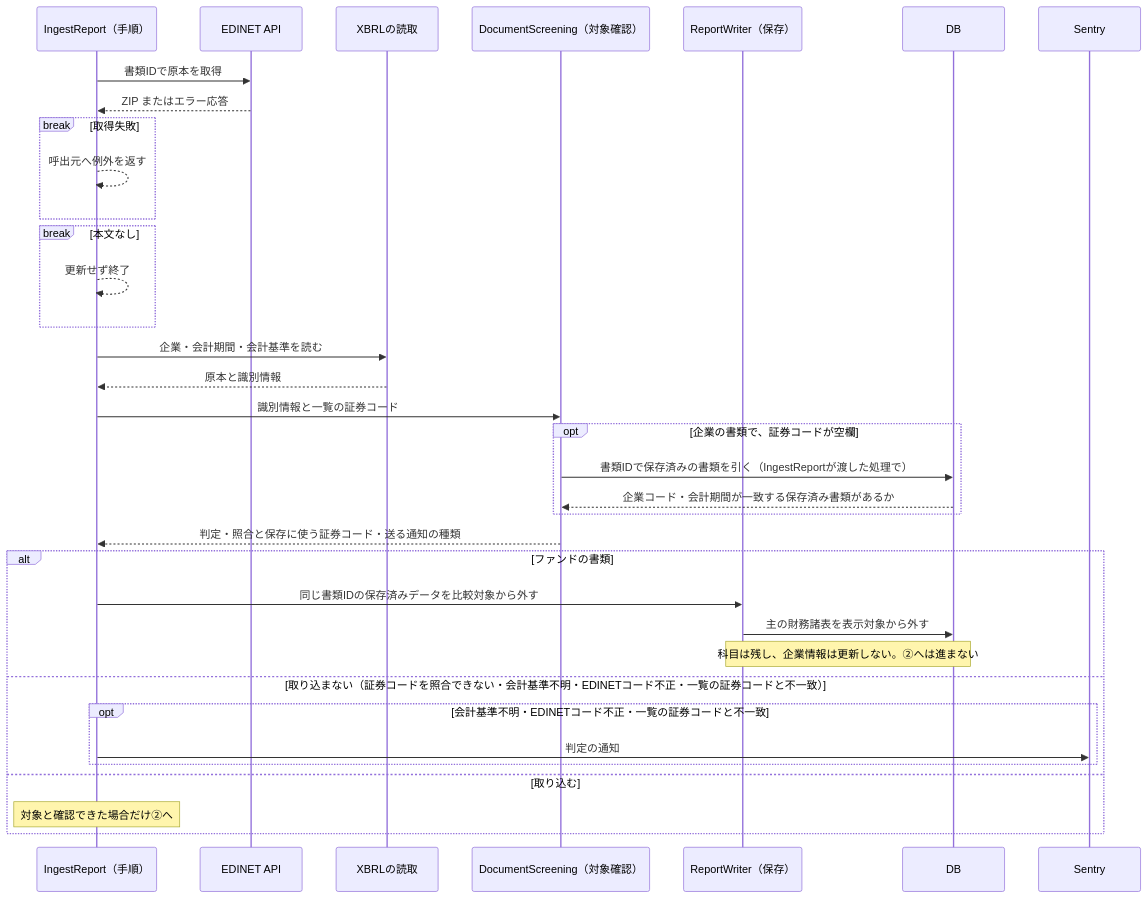
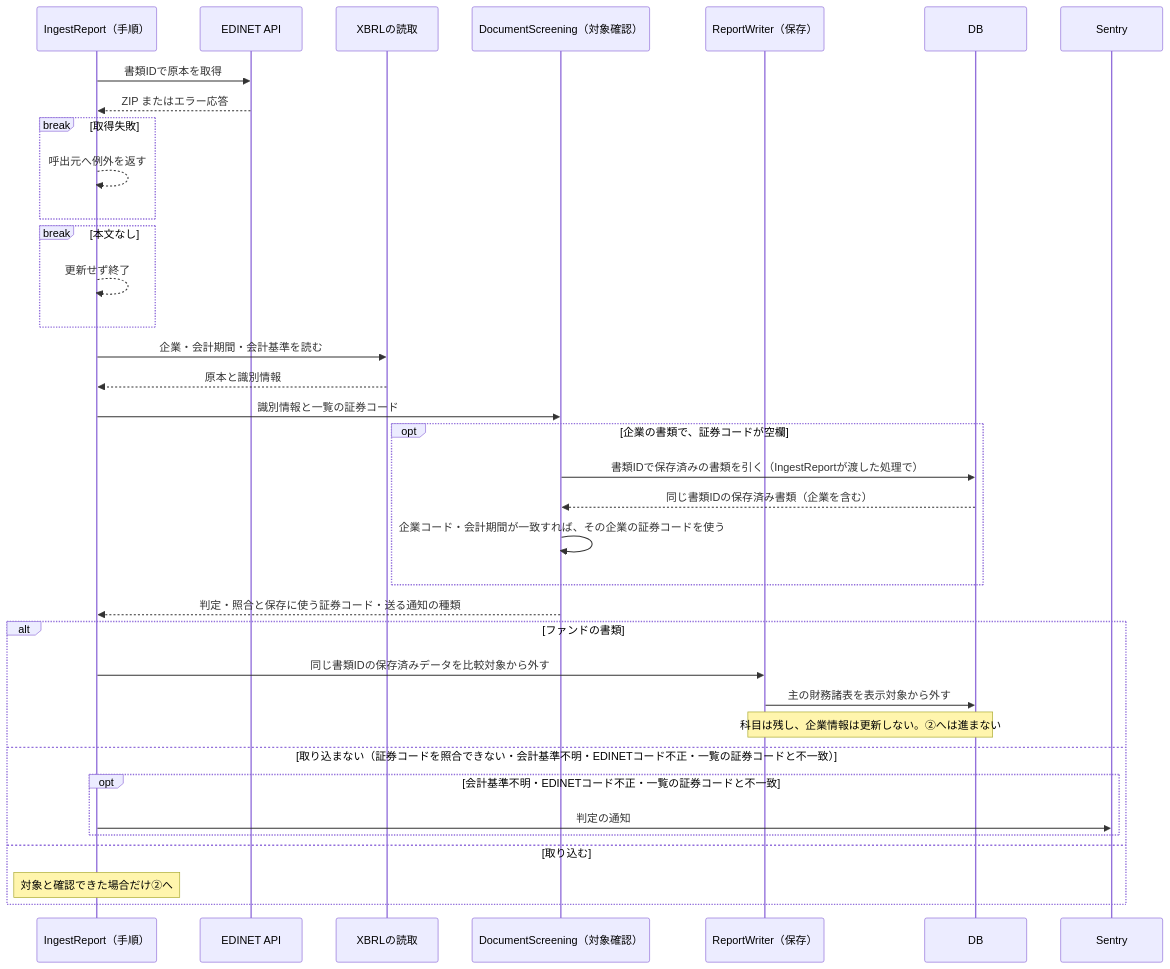
One commit to shin4488/financial-statement changed the second of 12 diagrams in docs/guide/03_data_flow.md. Above: the diagram before and after it, drawn with Mermaid. The commit also changed other lines of this file, not shown here.

First line of the commit message:
docs: 取込の図と担当の表を、対象確認・保存・点検の実際の呼び方に合わせる

````diff
--- a/docs/guide/03_data_flow.md
+++ b/docs/guide/03_data_flow.md
@@ -56,37 +56,38 @@
 ```mermaid
 sequenceDiagram
     participant U as IngestReport（手順）
     participant E as EDINET API
     participant X as XBRLの読取
     participant S as DocumentScreening（対象確認）
     participant W as ReportWriter（保存）
     participant D as DB
     participant Y as Sentry
     U->>E: 書類IDで原本を取得
     E-->>U: ZIP またはエラー応答
     break 取得失敗
         U-->>U: 呼出元へ例外を返す
     end
     break 本文なし
         U-->>U: 更新せず終了
     end
     U->>X: 企業・会計期間・会計基準を読む
     X-->>U: 原本と識別情報
     U->>S: 識別情報と一覧の証券コード
     opt 企業の書類で、証券コードが空欄
         S->>D: 書類IDで保存済みの書類を引く（IngestReportが渡した処理で）
-        D-->>S: 企業コード・会計期間が一致する保存済み書類があるか
+        D-->>S: 同じ書類IDの保存済み書類（企業を含む）
+        S->>S: 企業コード・会計期間が一致すれば、その企業の証券コードを使う
     end
     S-->>U: 判定・照合と保存に使う証券コード・送る通知の種類
     alt ファンドの書類
         U->>W: 同じ書類IDの保存済みデータを比較対象から外す
         W->>D: 主の財務諸表を表示対象から外す
         Note over W,D: 科目は残し、企業情報は更新しない。②へは進まない
     else 取り込まない（証券コードを照合できない・会計基準不明・EDINETコード不正・一覧の証券コードと不一致）
         opt 会計基準不明・EDINETコード不正・一覧の証券コードと不一致
             U->>Y: 判定の通知
         end
     else 取り込む
         Note over U: 対象と確認できた場合だけ②へ
     end
 ```
````
